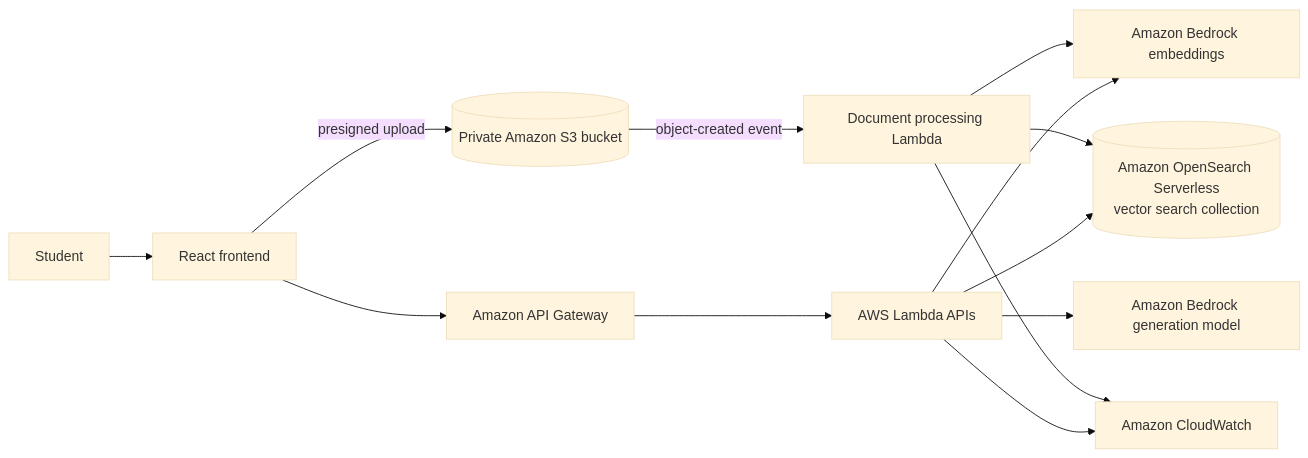
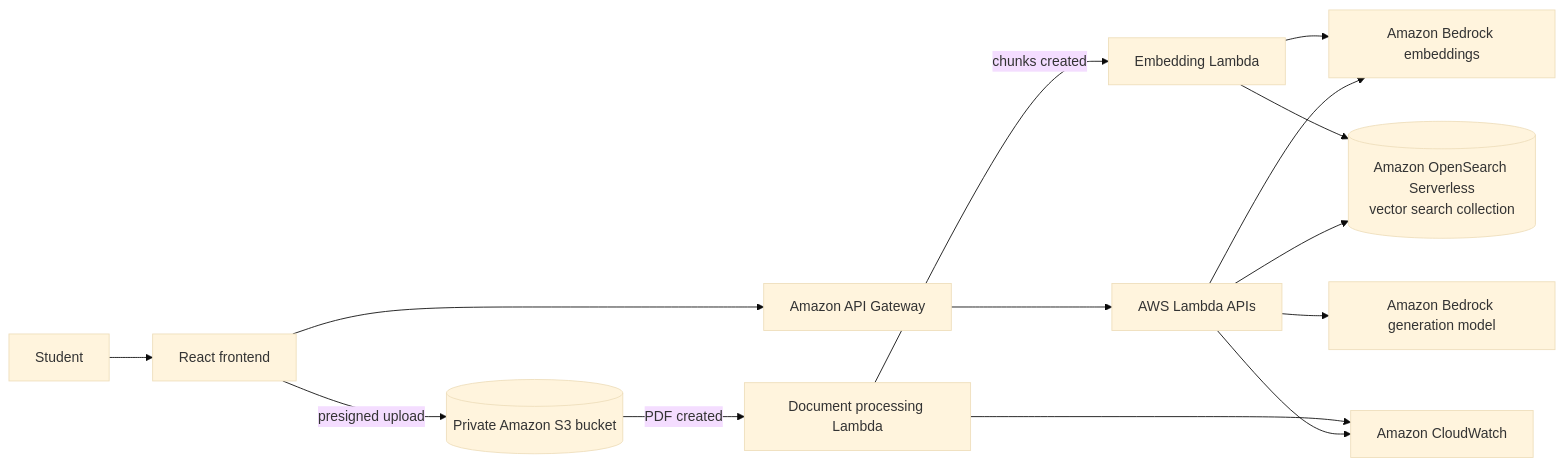
Before and after one commit to TarunV750/ai-study-assistant: the diagram in README.md, drawn with Mermaid (base theme). The commit also changed other lines of this file and 10 other files, not shown here.

Commit message:
feat: generate Bedrock embeddings for document chunks

````diff
--- a/README.md
+++ b/README.md
@@ -53,15 +55,16 @@
 ```mermaid
 flowchart LR
     U[Student] --> F[React frontend]
     F --> A[Amazon API Gateway]
     A --> L[AWS Lambda APIs]
     F -->|presigned upload| S[(Private Amazon S3 bucket)]
-    S -->|object-created event| P[Document processing Lambda]
-    P --> B[Amazon Bedrock embeddings]
-    P --> O[(Amazon OpenSearch Serverless<br/>vector search collection)]
+    S -->|PDF created| P[Document processing Lambda]
+    P -->|chunks created| E[Embedding Lambda]
+    E --> B[Amazon Bedrock embeddings]
+    E --> O[(Amazon OpenSearch Serverless<br/>vector search collection)]
     L --> B
     L --> O
     L --> G[Amazon Bedrock generation model]
     P --> C[Amazon CloudWatch]
     L --> C
 ```
````
